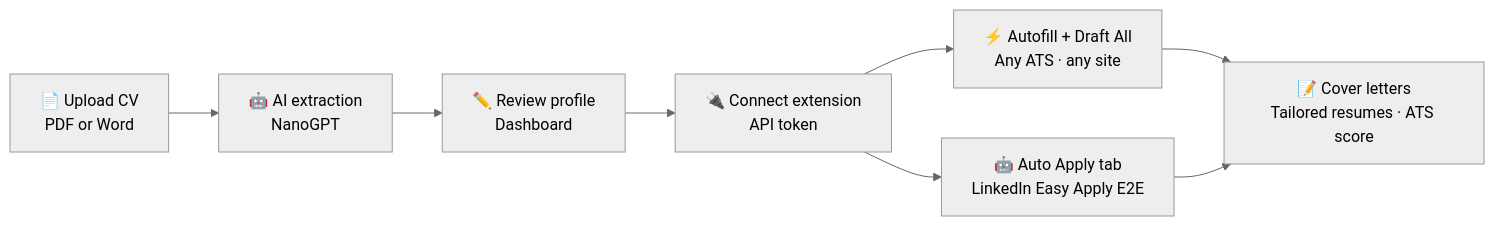
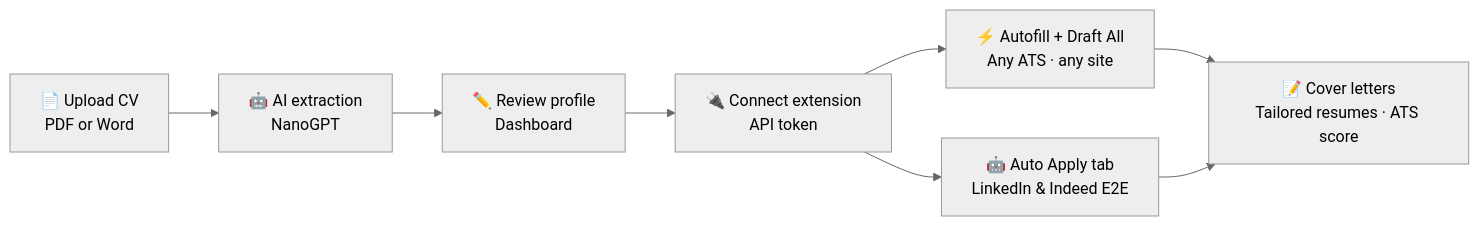
One commit to tmwclaxton/autoapplycv changed the first of 4 diagrams in README.md. Above: the diagram before and after it, drawn with Mermaid (neutral theme). The commit also changed other lines of this file and 8 other files, not shown here.

First line of the commit message:
Document Indeed Auto Apply and refresh test coverage stats.

````diff
--- a/README.md
+++ b/README.md
@@ -151,10 +151,10 @@
 ```mermaid
 flowchart LR
     A["📄 Upload CV<br/>PDF or Word"] --> B["🤖 AI extraction<br/>NanoGPT"]
     B --> C["✏️ Review profile<br/>Dashboard"]
     C --> D["🔌 Connect extension<br/>API token"]
     D --> E["⚡ Autofill + Draft All<br/>Any ATS · any site"]
-    D --> L["🤖 Auto Apply tab<br/>LinkedIn Easy Apply E2E"]
+    D --> L["🤖 Auto Apply tab<br/>LinkedIn & Indeed E2E"]
     E --> F["📝 Cover letters<br/>Tailored resumes · ATS score"]
     L --> F
 ```
````
